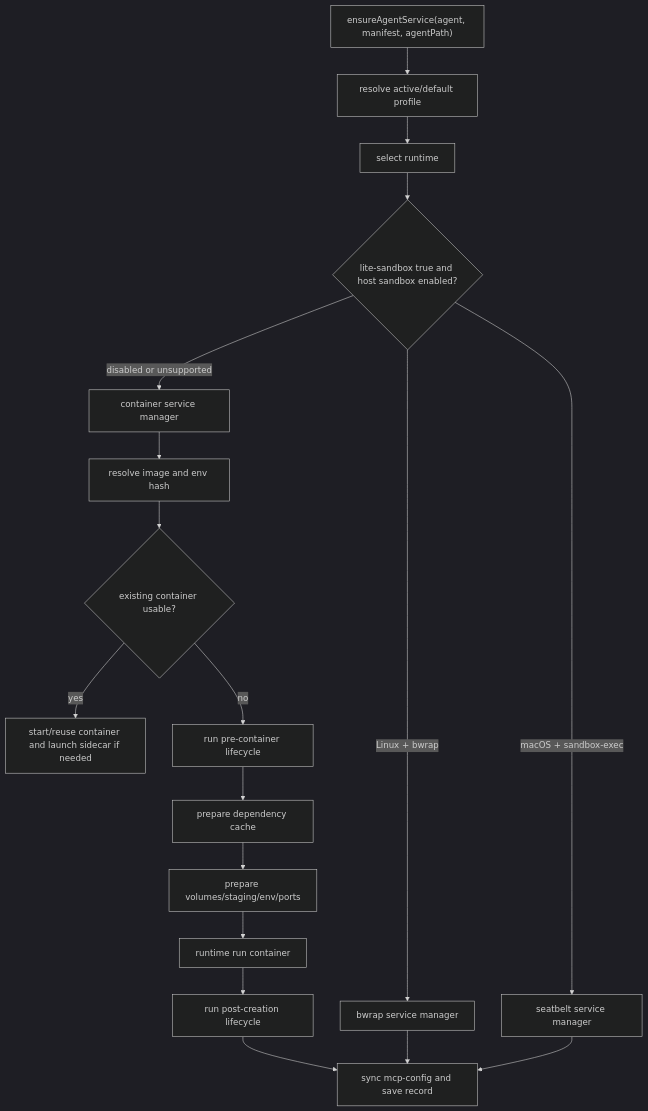
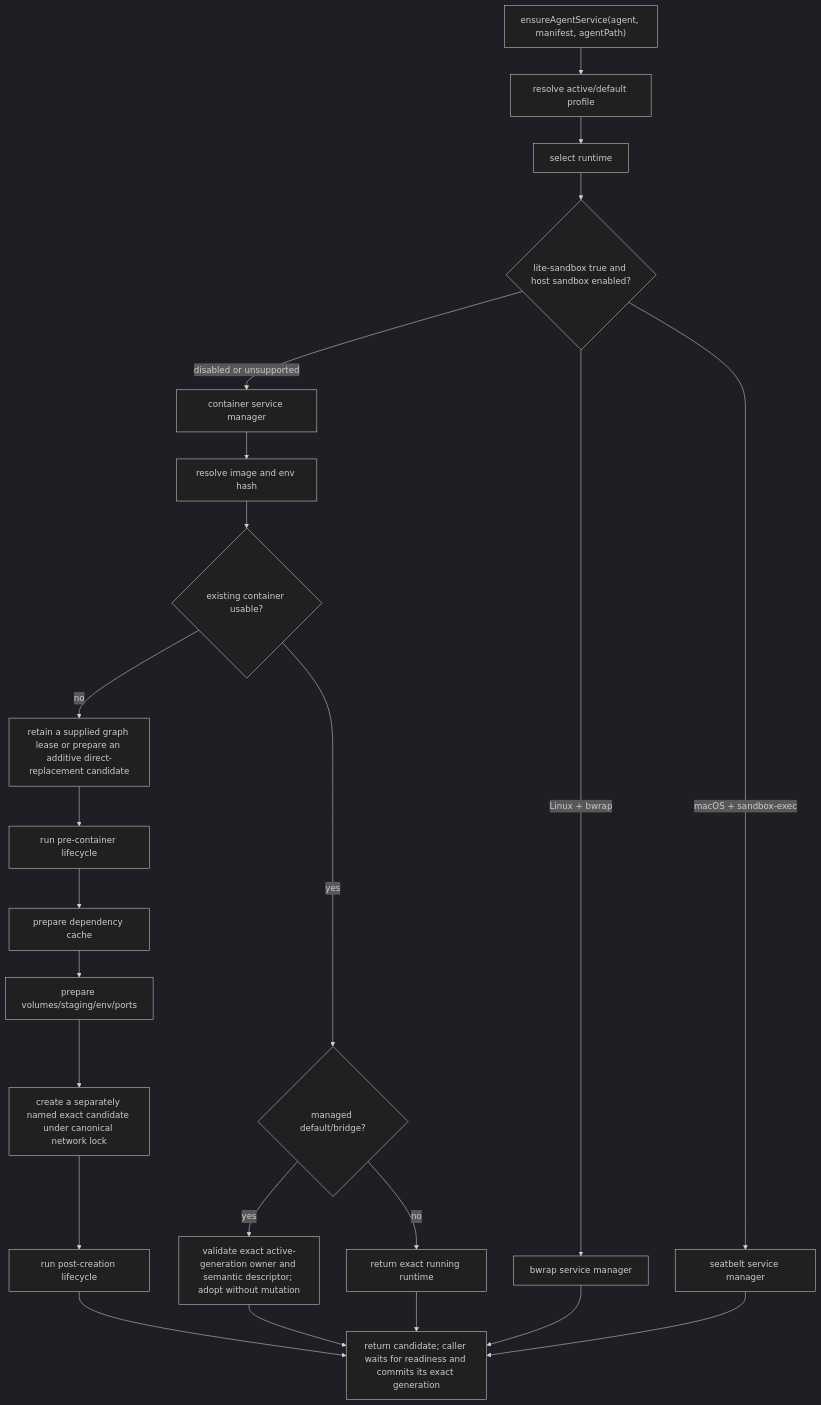
Before and after one commit to AssistOS-AI/ploinky: the third of 5 diagrams in docs/code-derived-agent-lifecycle.md, drawn with Mermaid (dark theme). The commit also changed other lines of this file and 15 other files, not shown here.

````diff
--- a/docs/code-derived-agent-lifecycle.md
+++ b/docs/code-derived-agent-lifecycle.md
@@ -350,20 +350,25 @@
 ```mermaid
 flowchart TD
   A["ensureAgentService(agent, manifest, agentPath)"] --> B["resolve active/default profile"]
   B --> C["select runtime"]
   C --> D{"lite-sandbox true and host sandbox enabled?"}
   D -- "Linux + bwrap" --> E["bwrap service manager"]
   D -- "macOS + sandbox-exec" --> F["seatbelt service manager"]
   D -- "disabled or unsupported" --> G["container service manager"]
   G --> H["resolve image and env hash"]
   H --> I{"existing container usable?"}
-  I -- yes --> J["start/reuse container and launch sidecar if needed"]
-  I -- no --> K["run pre-container lifecycle"]
-  K --> L["prepare dependency cache"]
+  I -- yes --> J{"managed default/bridge?"}
+  J -- yes --> JA["validate exact active-generation owner and semantic descriptor; adopt without mutation"]
+  J -- no --> JB["return exact running runtime"]
+  I -- no --> K["retain a supplied graph lease or prepare an additive direct-replacement candidate"]
+  K --> KA["run pre-container lifecycle"]
+  KA --> L["prepare dependency cache"]
   L --> M["prepare volumes/staging/env/ports"]
-  M --> N["runtime run container"]
+  M --> N["create a separately named exact candidate under canonical network lock"]
   N --> O["run post-creation lifecycle"]
-  O --> P["sync mcp-config and save record"]
+  O --> P["return candidate; caller waits for readiness and commits its exact generation"]
+  JA --> P
+  JB --> P
   E --> P
   F --> P
 ```
````
